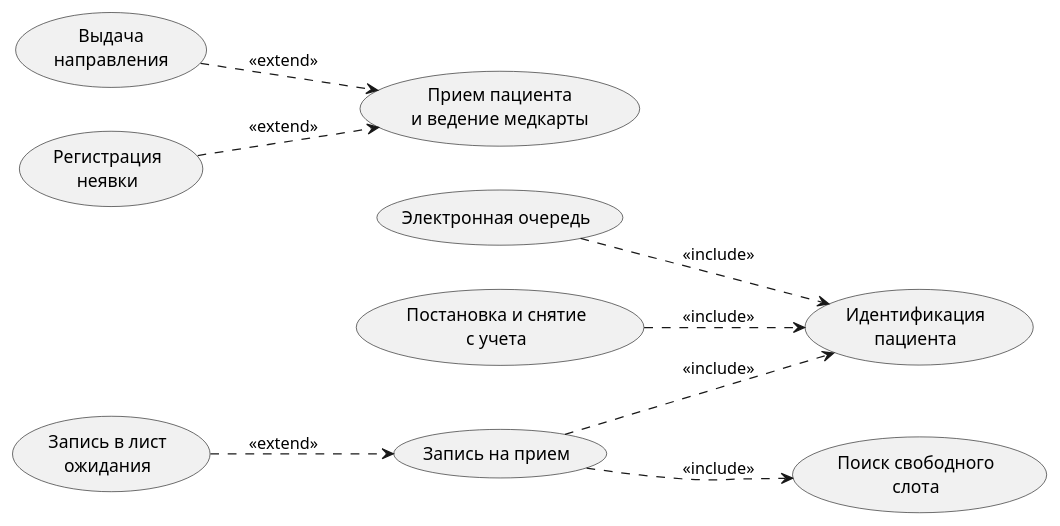
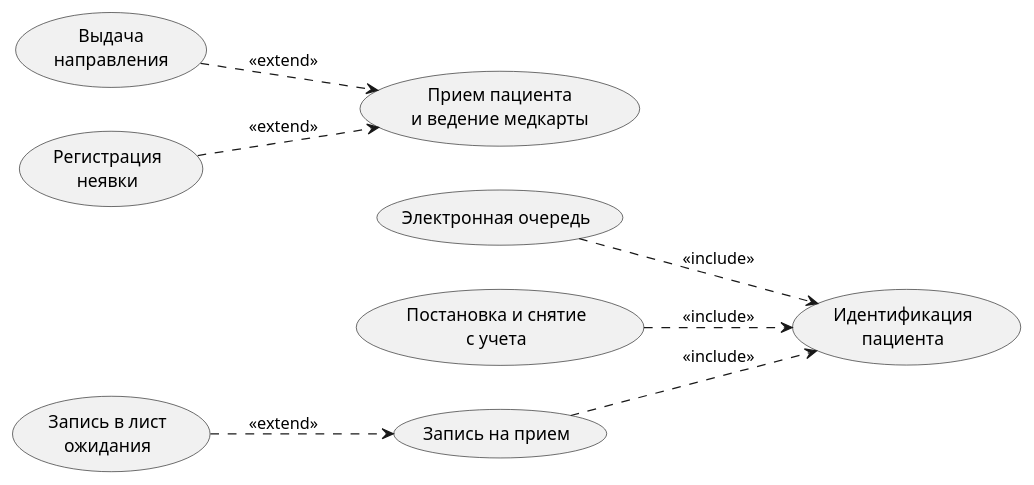
The second of 2 diagrams in Прецеденты/Диаграмма прецедентов.md (penamarth/bsbo-11-24_team3_var3_clinic), drawn with PlantUML before and after one commit. The commit also changed other lines of this file, not shown here.

Commit message:
рис. 2: убран поиск свободного слота

````diff
--- a/Прецеденты/Диаграмма прецедентов.md
+++ b/Прецеденты/Диаграмма прецедентов.md
@@ -71,18 +71,17 @@
 ```plantuml
 @startuml
 skinparam packageStyle rect
 left to right direction
 
 (Запись на прием) ..> (Идентификация\nпациента) : <<include>>
-(Запись на прием) ..> (Поиск свободного\nслота) : <<include>>
 (Запись в лист\nожидания) ..> (Запись на прием) : <<extend>>
 
 (Электронная очередь) ..> (Идентификация\nпациента) : <<include>>
 
 (Выдача\nнаправления) ..> (Прием пациента\nи ведение медкарты) : <<extend>>
 (Регистрация\nнеявки) ..> (Прием пациента\nи ведение медкарты) : <<extend>>
 
 (Постановка и снятие\nс учета) ..> (Идентификация\nпациента) : <<include>>
 
 @enduml
 ```
````
